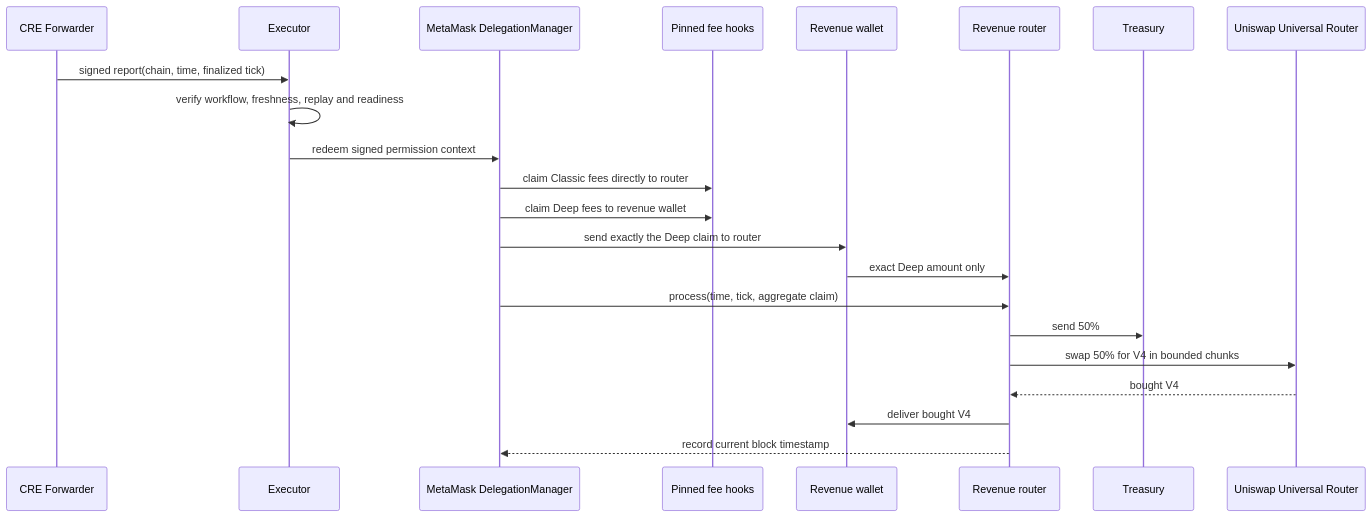
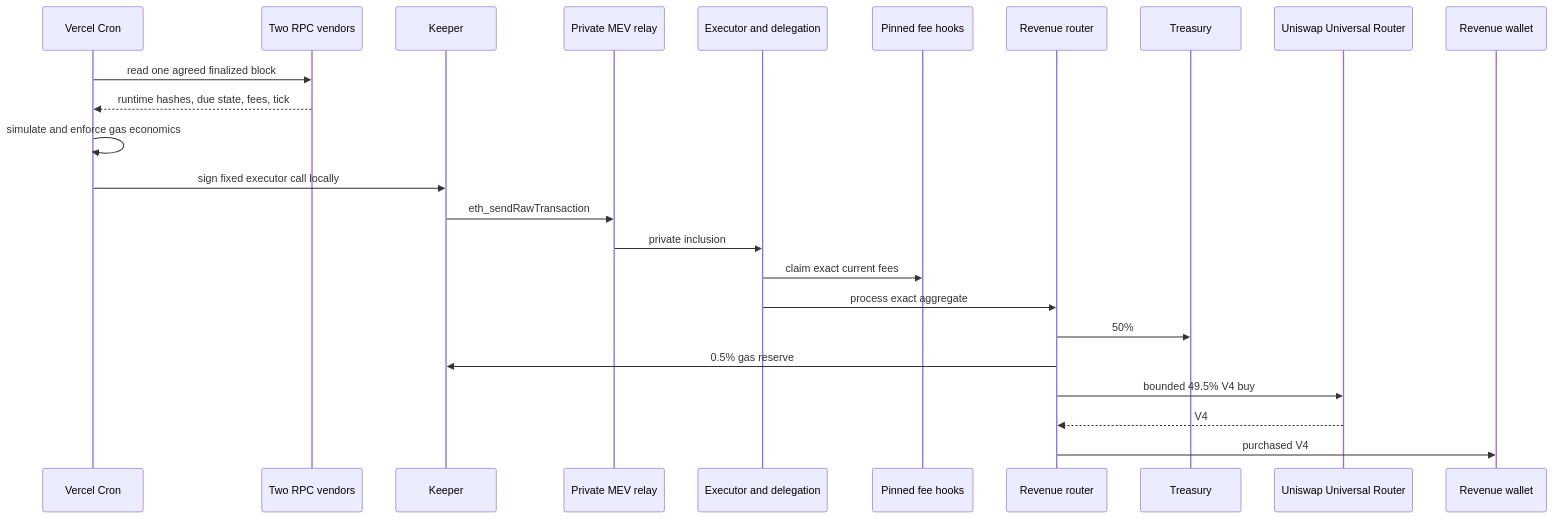
One commit to 0xprogrammable/PROGRAMMABLE changed the second of 3 diagrams in contracts/security/PROTOCOL-REVENUE-V1-DIAGRAMS.md. Above: the diagram before and after it, drawn with Mermaid. The commit also changed other lines of this file and 42 other files, not shown here.

````diff
--- a/contracts/security/PROTOCOL-REVENUE-V1-DIAGRAMS.md
+++ b/contracts/security/PROTOCOL-REVENUE-V1-DIAGRAMS.md
@@ -20,25 +23,27 @@
 ```mermaid
 sequenceDiagram
-    participant C as CRE Forwarder
-    participant E as Executor
-    participant D as MetaMask DelegationManager
+    participant V as Vercel Cron
+    participant Q as Two RPC vendors
+    participant K as Keeper
+    participant M as Private MEV relay
+    participant E as Executor and delegation
     participant H as Pinned fee hooks
-    participant W as Revenue wallet
     participant R as Revenue router
     participant T as Treasury
     participant U as Uniswap Universal Router
+    participant W as Revenue wallet
 
-    C->>E: signed report(chain, time, finalized tick)
-    E->>E: verify workflow, freshness, replay and readiness
-    E->>D: redeem signed permission context
-    D->>H: claim Classic fees directly to router
-    D->>H: claim Deep fees to revenue wallet
-    D->>W: send exactly the Deep claim to router
-    W->>R: exact Deep amount only
-    D->>R: process(time, tick, aggregate claim)
-    R->>T: send 50%
-    R->>U: swap 50% for V4 in bounded chunks
-    U-->>R: bought V4
-    R->>W: deliver bought V4
-    R-->>D: record current block timestamp
+    V->>Q: read one agreed finalized block
+    Q-->>V: runtime hashes, due state, fees, tick
+    V->>V: simulate and enforce gas economics
+    V->>K: sign fixed executor call locally
+    K->>M: eth_sendRawTransaction
+    M->>E: private inclusion
+    E->>H: claim exact current fees
+    E->>R: process exact aggregate
+    R->>T: 50%
+    R->>K: 0.5% gas reserve
+    R->>U: bounded 49.5% V4 buy
+    U-->>R: V4
+    R->>W: purchased V4
 ```
````
